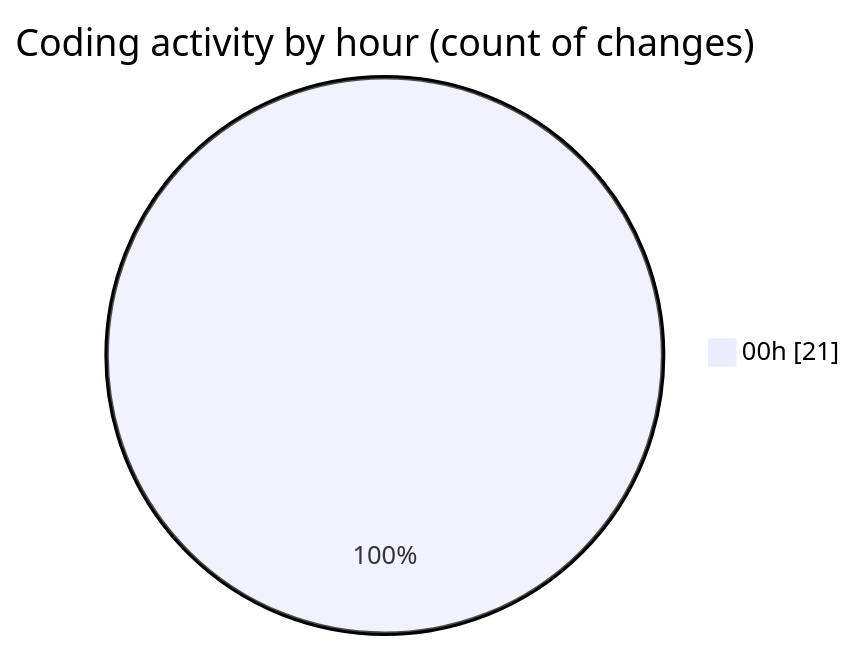
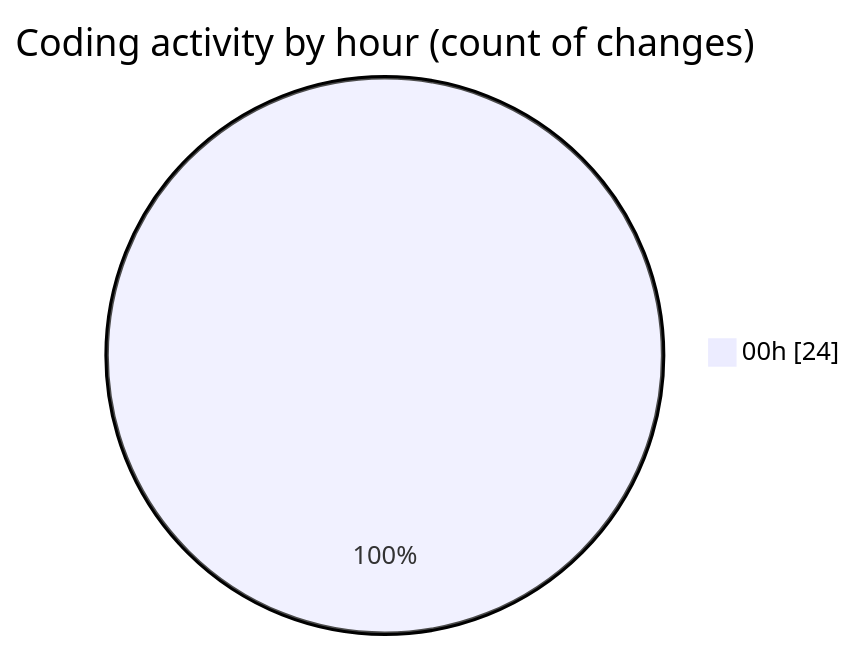
The second of 2 diagrams in 2025-07-26/quanlyrapchieuphim-1/README.md (lephambinh05/code-tracking), drawn with Mermaid before and after one commit. The commit also changed other lines of this file and 1 other file, not shown here.

````diff
--- a/2025-07-26/quanlyrapchieuphim-1/README.md
+++ b/2025-07-26/quanlyrapchieuphim-1/README.md
@@ -30,5 +30,5 @@
 ```mermaid
 pie showData
 title Coding activity by hour (count of changes)
-"00h" : 21
+"00h" : 24
 ```
````
